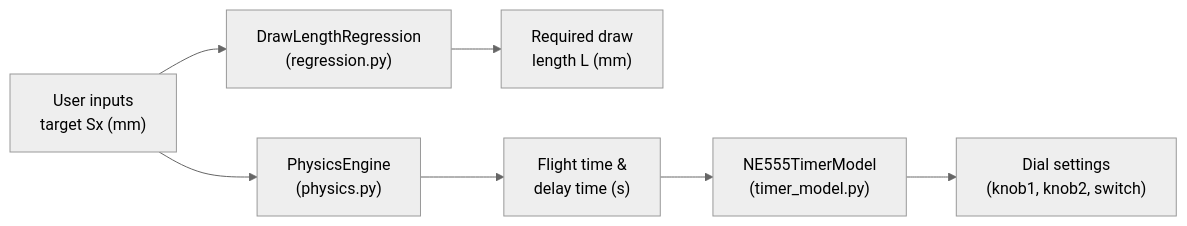
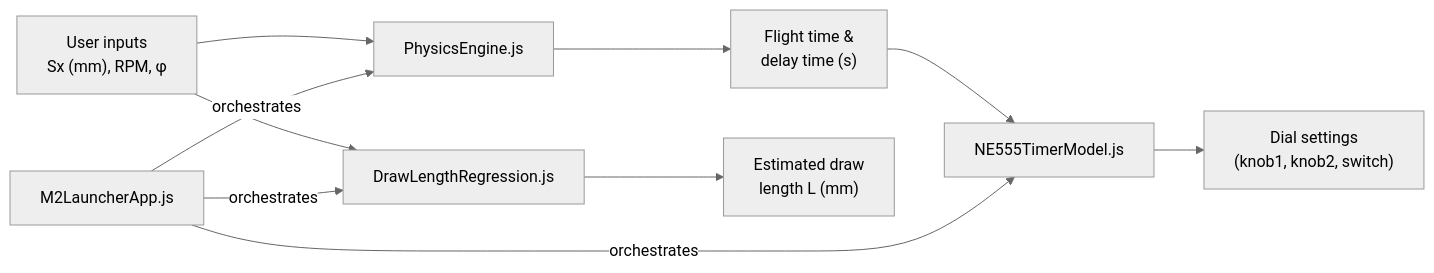
Before and after one commit to Matthew12045/stu: the diagram in project_context.md, drawn with Mermaid (neutral theme). The commit also changed other lines of this file, not shown here.

Commit message:
docs: update project_context.md for JS-only OOP architecture

````diff
--- a/project_context.md
+++ b/project_context.md
@@ -17,9 +19,12 @@
 ```mermaid
 flowchart LR
-    A["User inputs\ntarget Sx (mm)"] --> B["DrawLengthRegression\n(regression.py)"]
-    B --> C["Required draw\nlength L (mm)"]
-    A --> D["PhysicsEngine\n(physics.py)"]
-    D --> E["Flight time &\ndelay time (s)"]
-    E --> F["NE555TimerModel\n(timer_model.py)"]
-    F --> G["Dial settings\n(knob1, knob2, switch)"]
+    A["User inputs\nSx (mm), RPM, φ"] --> B["PhysicsEngine.js"]
+    B --> C["Flight time &\ndelay time (s)"]
+    C --> D["NE555TimerModel.js"]
+    D --> E["Dial settings\n(knob1, knob2, switch)"]
+    A --> F["DrawLengthRegression.js"]
+    F --> G["Estimated draw\nlength L (mm)"]
+    H["M2LauncherApp.js"] -->|orchestrates| B
+    H -->|orchestrates| D
+    H -->|orchestrates| F
 ```
````
